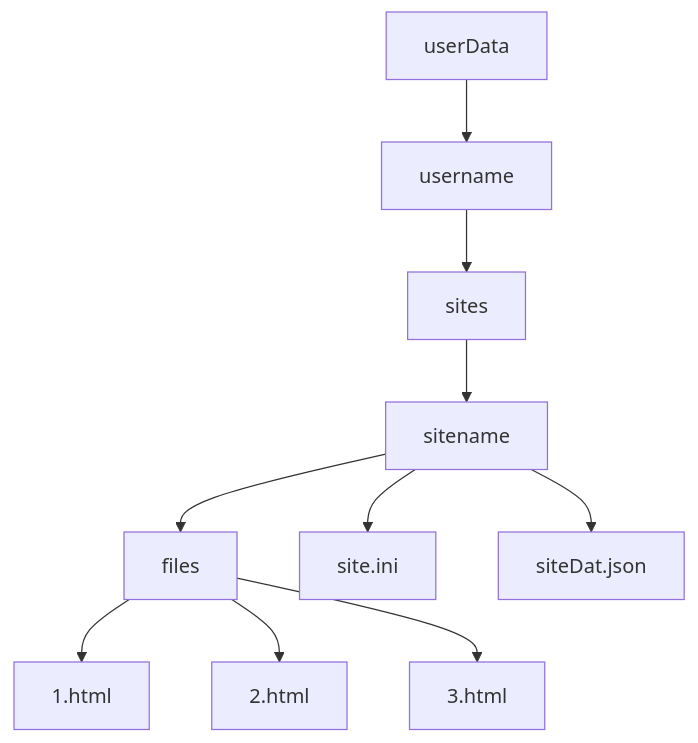
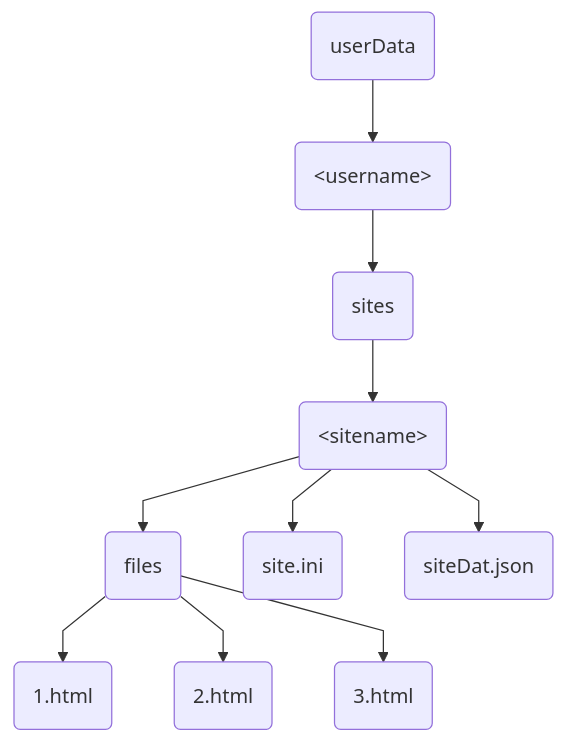
The third of 14 diagrams in README.md (tomgxz/Kraken), drawn with Mermaid before and after one commit. The commit also changed other lines of this file, not shown here.

Commit message:
Formatting and test

````diff
--- a/README.md
+++ b/README.md
@@ -409,12 +409,7 @@
 ```mermaid
-graph TD
-    A[userData] --> B[username]
-    B --> C[sites]
-    C --> D[sitename]
-    D --> G[files]
-    D --> site.ini
-    D --> siteDat.json
-    G --> 1.html
-    G --> 2.html
-    G --> 3.html
+%%{init: {'flowchart': {'curve': 'linear'}} }%%
+graph TB
+    a(userData):::large --> b("&lt;username&gt;") --> c(sites) --> d("&lt;sitename&gt;") --> e(files) & f(site.ini) & g(siteDat.json)
+    e --> h(1.html) & i(2.html) & j(3.html)
+
 ```
````
